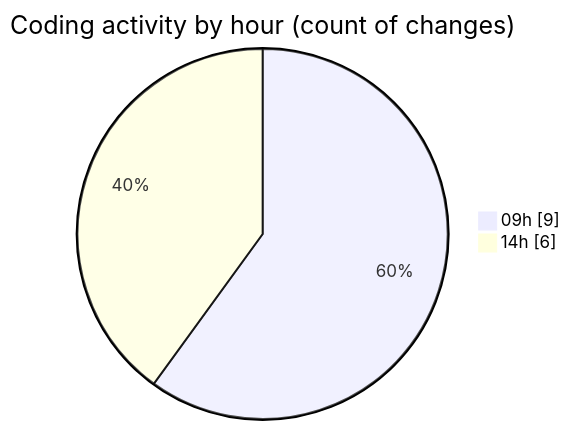
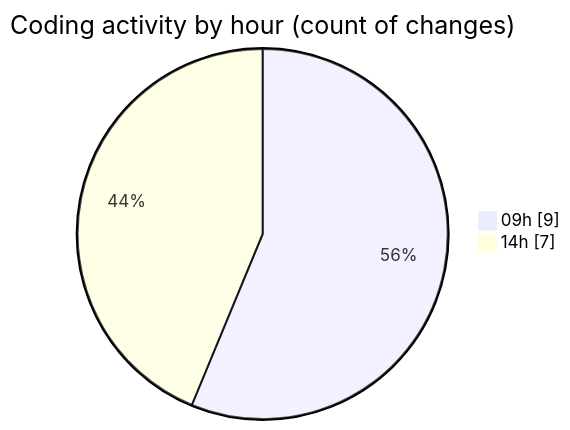
One commit to julien-gomy/code-tracking changed the second of 2 diagrams in 2025-11-25/eventscop-frontend-guide__workspace_/README.md. Above: the diagram before and after it, drawn with Mermaid. The commit also changed other lines of this file and 1 other file, not shown here.

````diff
--- a/2025-11-25/eventscop-frontend-guide__workspace_/README.md
+++ b/2025-11-25/eventscop-frontend-guide__workspace_/README.md
@@ -37,6 +38,6 @@
 ```mermaid
 pie showData
 title Coding activity by hour (count of changes)
 "09h" : 9
-"14h" : 6
+"14h" : 7
 ```
````
